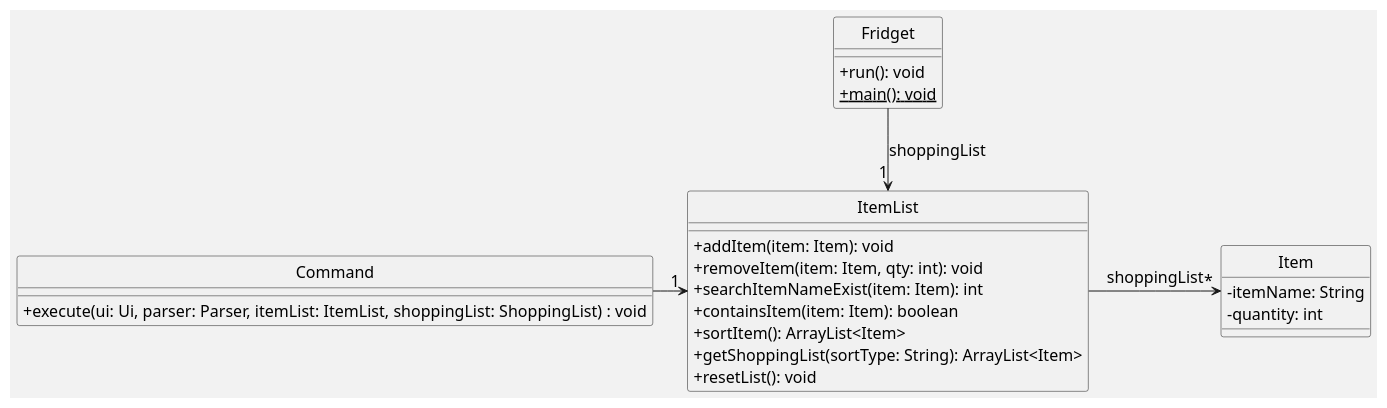
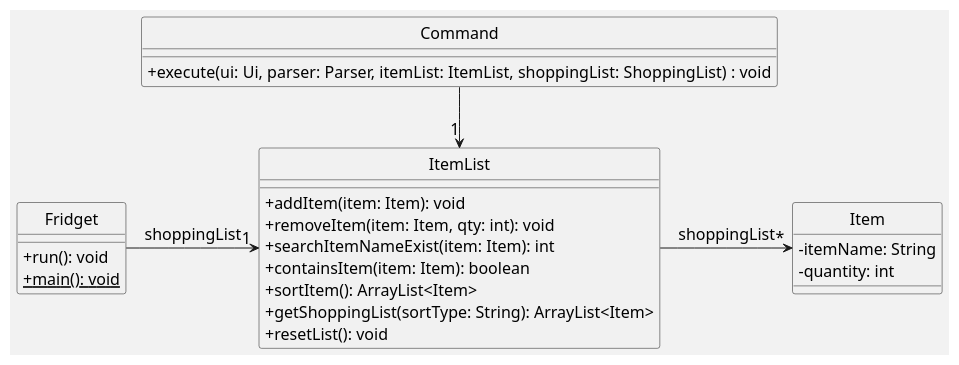
Before and after one commit to uosjapuelks/tp: the diagram in docs/pumlFiles/ShoppingListClass.puml, drawn with PlantUML. The commit also changed 3 other files, not shown here.

```diff
--- a/docs/pumlFiles/ShoppingListClass.puml
+++ b/docs/pumlFiles/ShoppingListClass.puml
@@ -1,36 +1,36 @@
 @startuml
 'https://plantuml.com/class-diagram
 skinparam classAttributeIconSize 0
 skinparam backgroundColor #f2f2f2
 skinparam defaultFontSize 16
 hide circle
 
-ItemList "1" <-up- Fridget : shoppingList
-ItemList "1" <-left- Command
+ItemList "1" <-left- Fridget : shoppingList
+ItemList "1" <-up- Command
 Item "*" <-left- ItemList : shoppingList
 
 class ItemList {
     + addItem(item: Item): void
     + removeItem(item: Item, qty: int): void
     + searchItemNameExist(item: Item): int
     + containsItem(item: Item): boolean
     + sortItem(): ArrayList<Item>
     + getShoppingList(sortType: String): ArrayList<Item>
     + resetList(): void
 }
 
 class Item {
     - itemName: String
     - quantity: int
 }
 
 class Command {
     + execute(ui: Ui, parser: Parser, itemList: ItemList, shoppingList: ShoppingList) : void
 }
 
 class Fridget {
     + run(): void
     + {static} main(): void
 }
 
 @enduml
```
